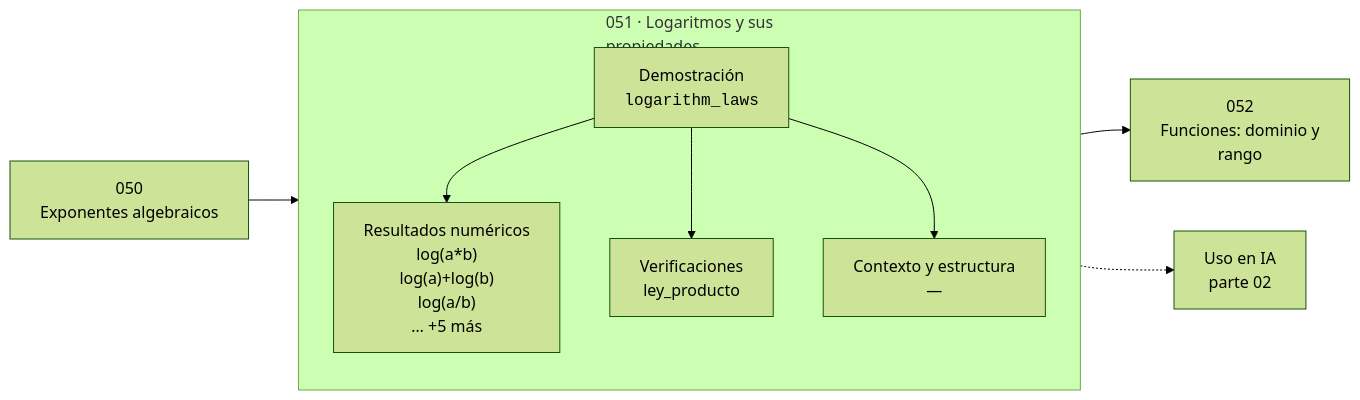
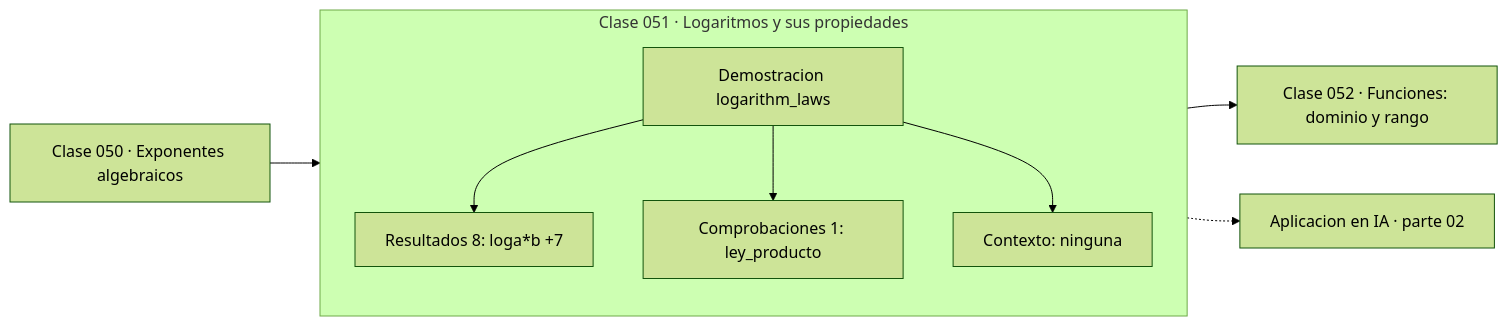
Before and after one commit to vladimiracunadev-create/computational-mathematics-program: the diagram in classes/part-02-algebra-y-funciones/051-logaritmos-y-sus-propiedades/README.md, drawn with Mermaid (forest theme). The commit also changed 389 other files, not shown here.

First line of the commit message:
fix(diagramas): elimina el HTML de las etiquetas Mermaid

````diff
--- a/classes/part-02-algebra-y-funciones/051-logaritmos-y-sus-propiedades/README.md
+++ b/classes/part-02-algebra-y-funciones/051-logaritmos-y-sus-propiedades/README.md
@@ -37,12 +37,13 @@
 ```mermaid
 flowchart LR
-    P["050<br/>Exponentes algebraicos"] --> C
-    subgraph C["051 · Logaritmos y sus<br/>propiedades"]
+    P["Clase 050 · Exponentes algebraicos"] --> D
+    subgraph CLASE["Clase 051 · Logaritmos y sus propiedades"]
         direction TB
-        D["Demostración<br/><code>logarithm_laws</code>"] --> R["Resultados numéricos<br/>log(a*b)<br/>log(a)+log(b)<br/>log(a/b)<br/>… +5 más"]
-        D --> V["Verificaciones<br/>ley_producto"]
-        D --> O["Contexto y estructura<br/>—"]
+        D["Demostracion logarithm_laws"]
+        D --> R["Resultados 8: loga*b +7"]
+        D --> V["Comprobaciones 1: ley_producto"]
+        D --> O["Contexto: ninguna"]
     end
-    C --> N["052<br/>Funciones: dominio y<br/>rango"]
-    C -.-> IA["Uso en IA<br/>parte 02"]
+    R --> N["Clase 052 · Funciones: dominio y rango"]
+    V -.-> IA["Aplicacion en IA · parte 02"]
 ```
````
